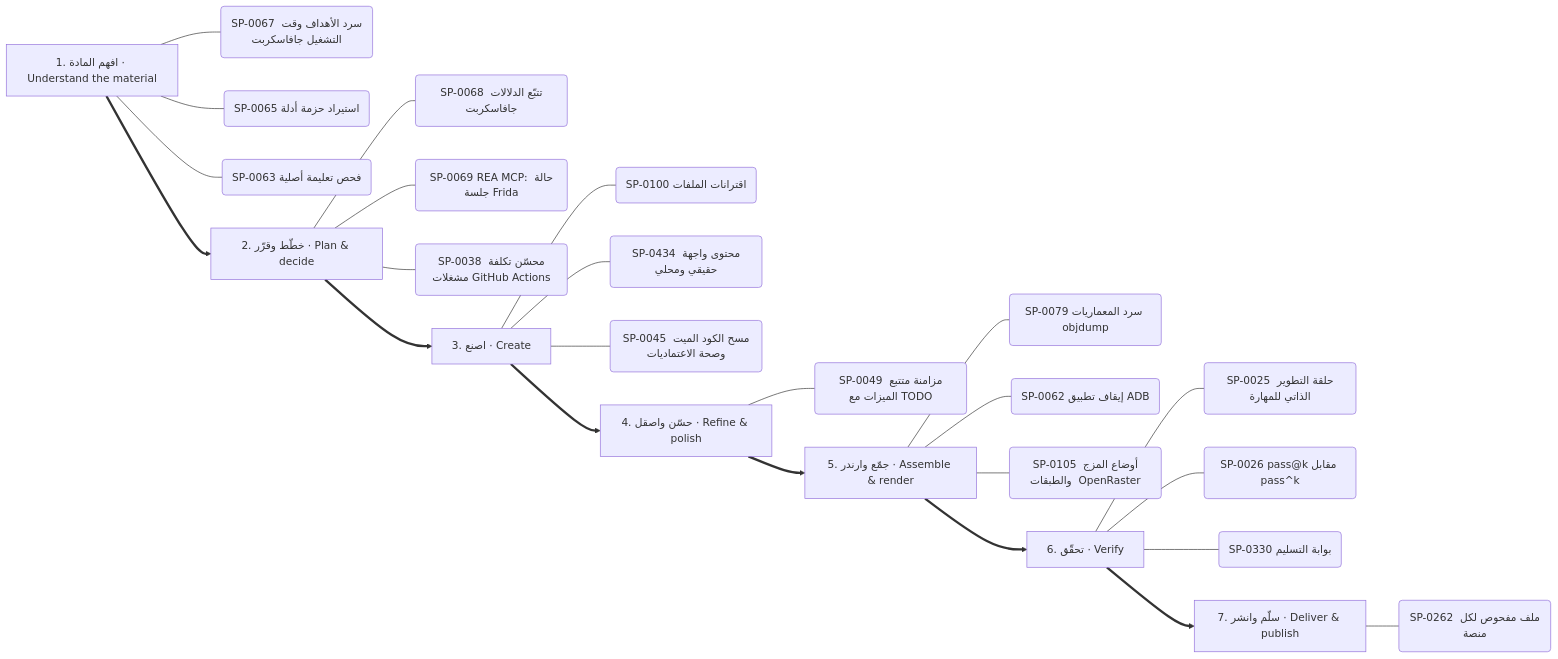
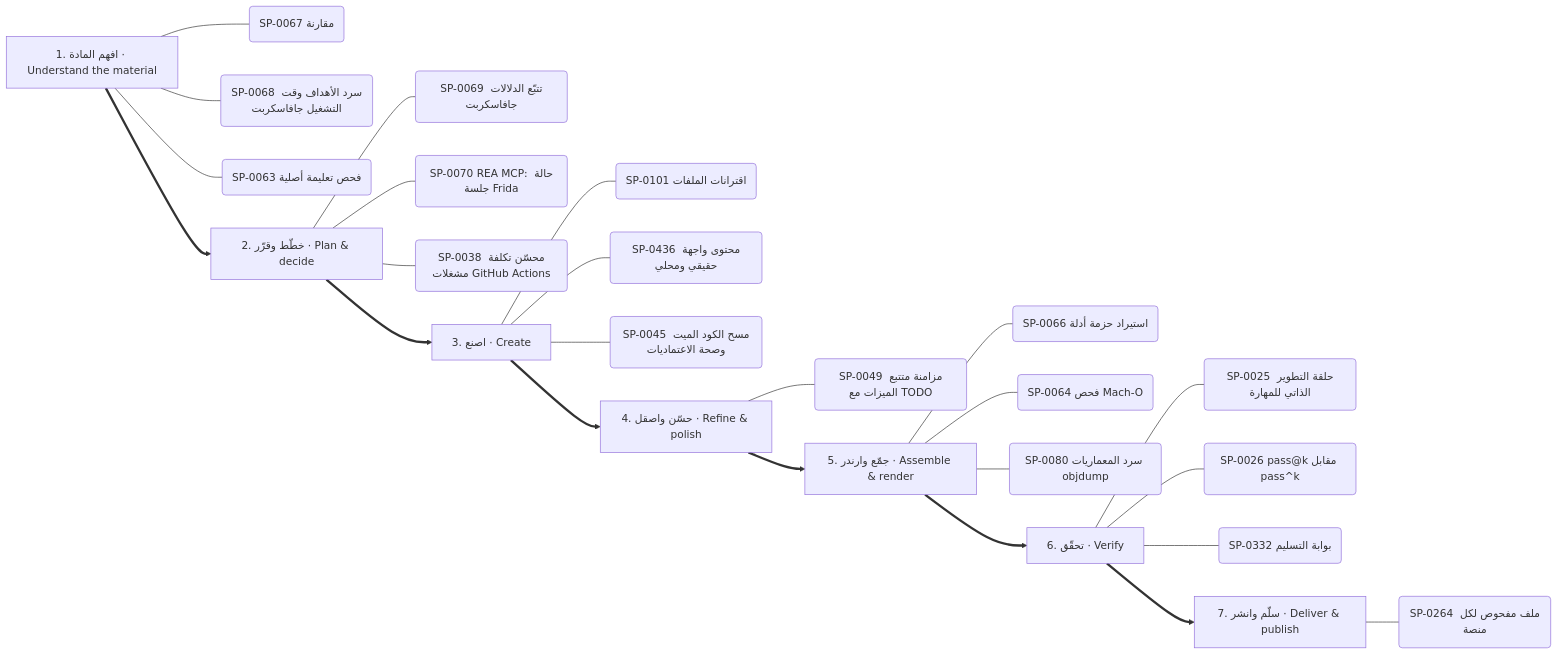
Before and after one commit to kosif199022-jpg/kosif-tool: diagram 11 of 13 in .claude/skills/kosif-superpowers/references/capability-mindmap.md, drawn with Mermaid. The commit also changed other lines of this file and 67 other files, not shown here.

````diff
--- a/.claude/skills/kosif-superpowers/references/capability-mindmap.md
+++ b/.claude/skills/kosif-superpowers/references/capability-mindmap.md
@@ -546,33 +548,33 @@
 ```mermaid
 flowchart LR
   S0["1. افهم المادة · Understand the material"]
-  S0 --- S0_0("SP-0067 سرد الأهداف وقت التشغيل جافاسكربت")
-  S0 --- S0_1("SP-0065 استيراد حزمة أدلة")
+  S0 --- S0_0("SP-0067 مقارنة")
+  S0 --- S0_1("SP-0068 سرد الأهداف وقت التشغيل جافاسكربت")
   S0 --- S0_2("SP-0063 فحص تعليمة أصلية")
   S1["2. خطّط وقرّر · Plan & decide"]
-  S1 --- S1_0("SP-0068 تتبّع الدلالات جافاسكربت")
-  S1 --- S1_1("SP-0069 REA MCP: حالة جلسة Frida")
+  S1 --- S1_0("SP-0069 تتبّع الدلالات جافاسكربت")
+  S1 --- S1_1("SP-0070 REA MCP: حالة جلسة Frida")
   S1 --- S1_2("SP-0038 محسّن تكلفة مشغلات GitHub Actions")
   S0 ==> S1
   S2["3. اصنع · Create"]
-  S2 --- S2_0("SP-0100 اقترانات الملفات")
-  S2 --- S2_1("SP-0434 محتوى واجهة حقيقي ومحلي")
+  S2 --- S2_0("SP-0101 اقترانات الملفات")
+  S2 --- S2_1("SP-0436 محتوى واجهة حقيقي ومحلي")
   S2 --- S2_2("SP-0045 مسح الكود الميت وصحة الاعتماديات")
   S1 ==> S2
   S3["4. حسّن واصقل · Refine & polish"]
   S3 --- S3_0("SP-0049 مزامنة متتبع الميزات مع TODO")
   S2 ==> S3
   S4["5. جمّع وارندر · Assemble & render"]
-  S4 --- S4_0("SP-0079 سرد المعماريات objdump")
-  S4 --- S4_1("SP-0062 إيقاف تطبيق ADB")
-  S4 --- S4_2("SP-0105 أوضاع المزج والطبقات  OpenRaster ")
+  S4 --- S4_0("SP-0066 استيراد حزمة أدلة")
+  S4 --- S4_1("SP-0064 فحص Mach-O")
+  S4 --- S4_2("SP-0080 سرد المعماريات objdump")
   S3 ==> S4
   S5["6. تحقّق · Verify"]
   S5 --- S5_0("SP-0025 حلقة التطوير الذاتي للمهارة")
   S5 --- S5_1("SP-0026 pass@k مقابل pass^k")
-  S5 --- S5_2("SP-0330 بوابة التسليم")
+  S5 --- S5_2("SP-0332 بوابة التسليم")
   S4 ==> S5
   S6["7. سلّم وانشر · Deliver & publish"]
-  S6 --- S6_0("SP-0262 ملف مفحوص لكل منصة")
+  S6 --- S6_0("SP-0264 ملف مفحوص لكل منصة")
   S5 ==> S6
 ```
````
